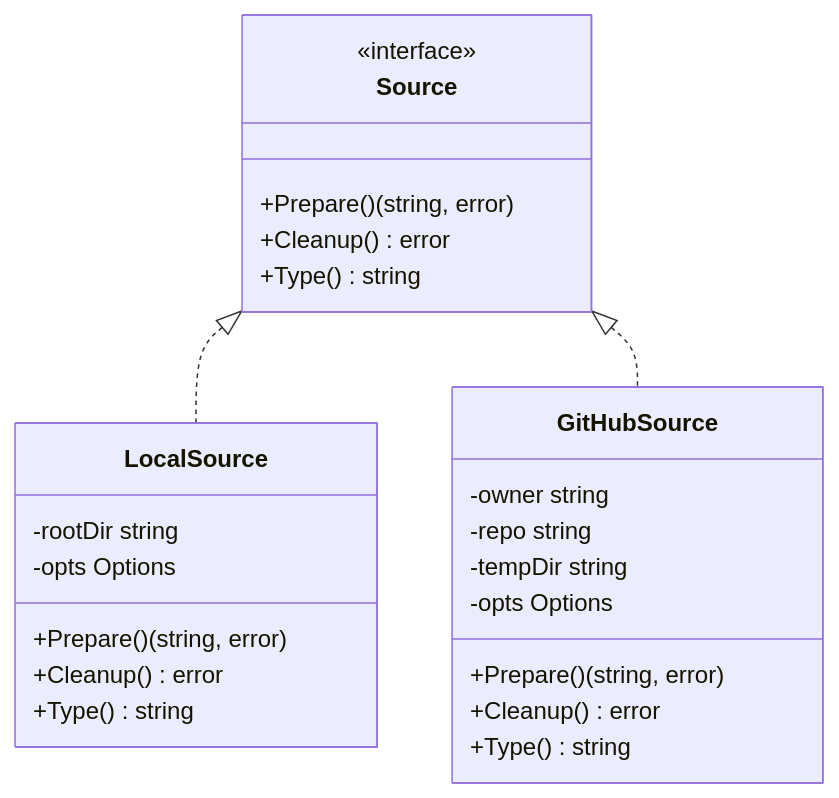
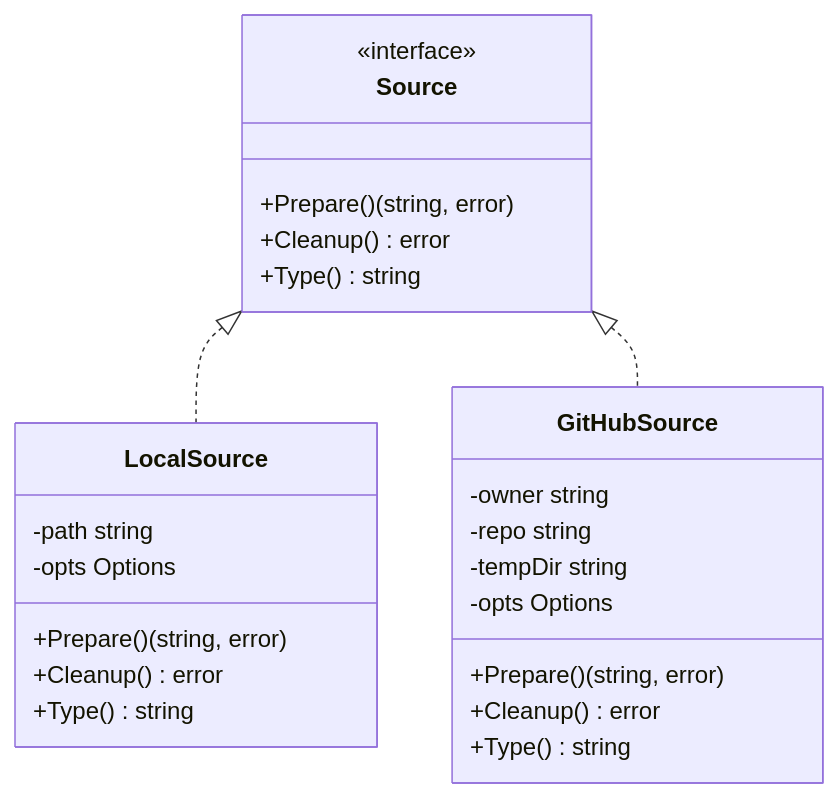
The fourth of 6 diagrams in docs/ARCHITECTURE.md (yeasy/mdPress), drawn with Mermaid before and after one commit. The commit also changed other lines of this file and 1 other file, not shown here.

Commit message:
Sync architecture docs with codebase

````diff
--- a/docs/ARCHITECTURE.md
+++ b/docs/ARCHITECTURE.md
@@ -503,30 +517,30 @@
 ```mermaid
 classDiagram
     class Source {
         <<interface>>
         +Prepare() (string, error)
         +Cleanup() error
         +Type() string
     }
 
     class LocalSource {
-        -rootDir string
+        -path string
         -opts Options
         +Prepare() (string, error)
         +Cleanup() error
         +Type() string
     }
 
     class GitHubSource {
         -owner string
         -repo string
         -tempDir string
         -opts Options
         +Prepare() (string, error)
         +Cleanup() error
         +Type() string
     }
 
     Source <|.. LocalSource
     Source <|.. GitHubSource
 ```
````
